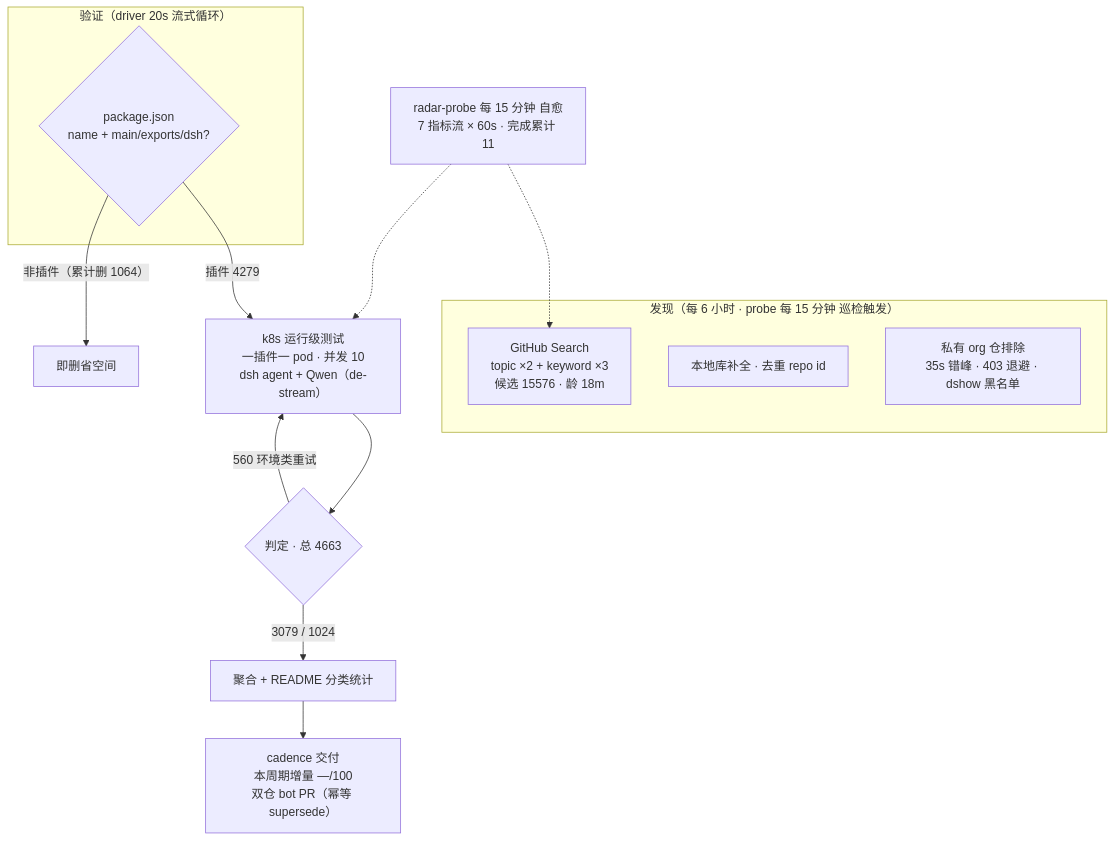
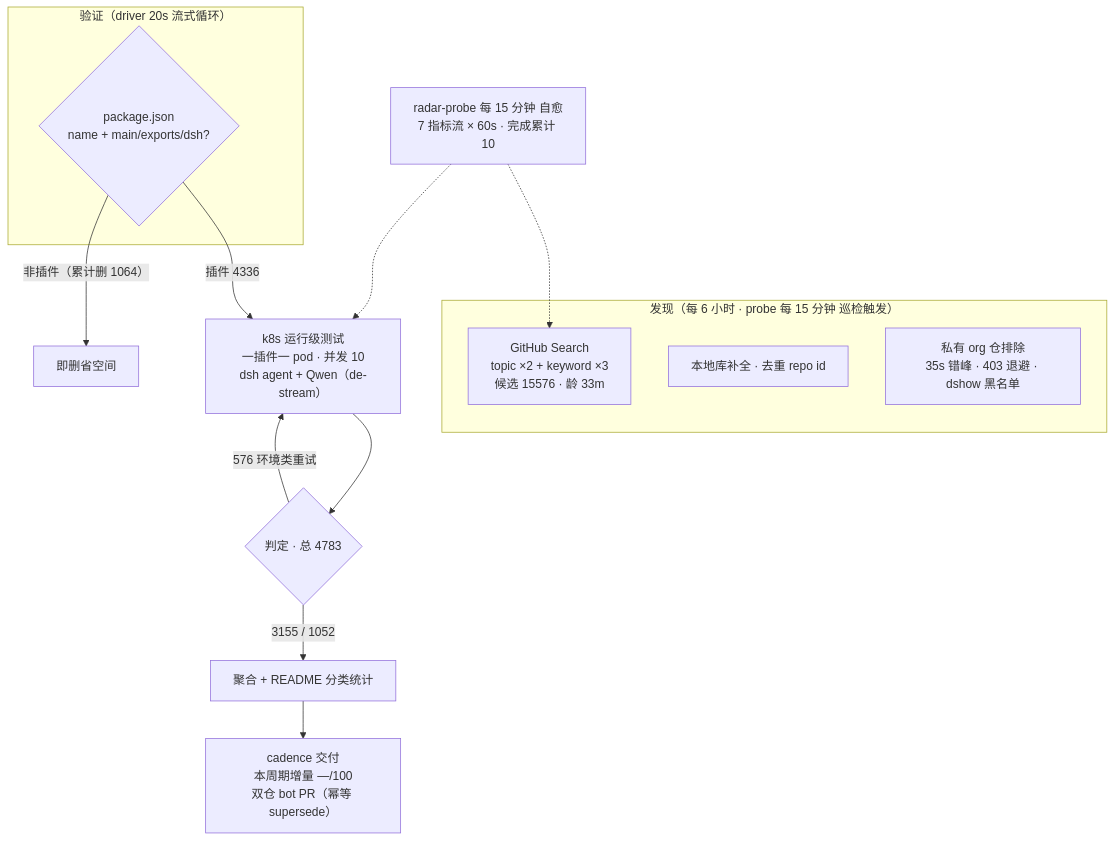
Before and after one commit to Zhidao-Lab-OSS/awesome-dsh-plugins: the diagram in README.md, drawn with Mermaid. The commit also changed other lines of this file and 1 other file, not shown here.

````diff
--- a/README.md
+++ b/README.md
@@ -37,20 +37,20 @@
 ```mermaid
 flowchart TB
     subgraph Discovery["发现（每 6 小时 · probe 每 15 分钟 巡检触发）"]
-        A1["GitHub Search<br/>topic ×2 + keyword ×3<br/>候选 15576 · 龄 18m"]
+        A1["GitHub Search<br/>topic ×2 + keyword ×3<br/>候选 15576 · 龄 33m"]
         A2["本地库补全 · 去重 repo id"]
         A3["私有 org 仓排除<br/>35s 错峰 · 403 退避 · dshow 黑名单"]
     end
     subgraph Validation["验证（driver 20s 流式循环）"]
         B1{"package.json<br/>name + main/exports/dsh?"}
     end
-    B1 -->|"插件 4279"| C1["k8s 运行级测试<br/>一插件一 pod · 并发 10<br/>dsh agent + Qwen（de-stream）"]
+    B1 -->|"插件 4336"| C1["k8s 运行级测试<br/>一插件一 pod · 并发 10<br/>dsh agent + Qwen（de-stream）"]
     B1 -->|"非插件（累计删 1064）"| B3["即删省空间"]
-    C1 --> D1{"判定 · 总 4663"}
-    D1 -->|"3079 / 1024"| E1["聚合 + README 分类统计"]
-    D1 -->|"560 环境类重试"| C1
+    C1 --> D1{"判定 · 总 4783"}
+    D1 -->|"3155 / 1052"| E1["聚合 + README 分类统计"]
+    D1 -->|"576 环境类重试"| C1
     E1 --> E2["cadence 交付<br/>本周期增量 —/100<br/>双仓 bot PR（幂等 supersede）"]
-    M["radar-probe 每 15 分钟 自愈<br/>7 指标流 × 60s · 完成累计 11"]
+    M["radar-probe 每 15 分钟 自愈<br/>7 指标流 × 60s · 完成累计 10"]
     M -.-> A1
     M -.-> C1
 ```
````
